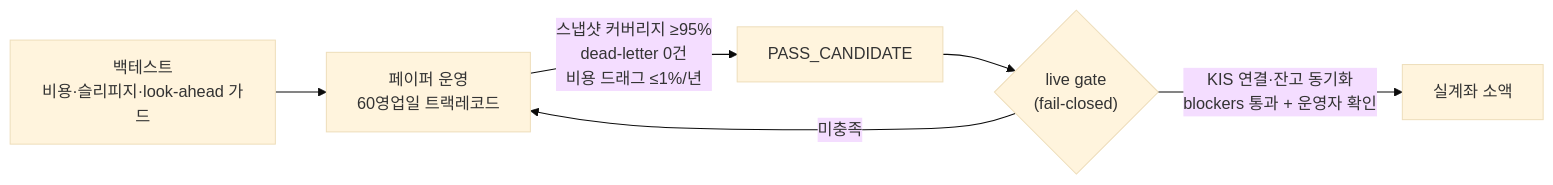
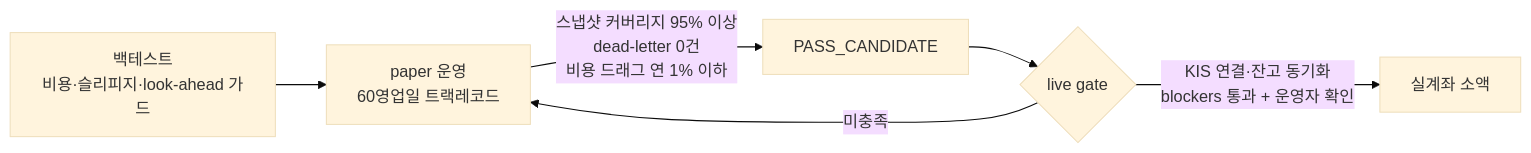
The second of 2 diagrams in README.md (easygap/quant_trader), drawn with Mermaid (base theme) before and after one commit. The commit also changed other lines of this file and 1 other file, not shown here.

````diff
--- a/README.md
+++ b/README.md
@@ -62,8 +62,8 @@
 ```mermaid
 flowchart LR
-    BT["백테스트<br/>비용·슬리피지·look-ahead 가드"] --> PP["페이퍼 운영<br/>60영업일 트랙레코드"]
-    PP -->|"스냅샷 커버리지 ≥95%<br/>dead-letter 0건<br/>비용 드래그 ≤1%/년"| PC["PASS_CANDIDATE"]
-    PC --> LG{"live gate<br/>(fail-closed)"}
+    BT["백테스트<br/>비용·슬리피지·look-ahead 가드"] --> PP["paper 운영<br/>60영업일 트랙레코드"]
+    PP -->|"스냅샷 커버리지 95% 이상<br/>dead-letter 0건<br/>비용 드래그 연 1% 이하"| PC["PASS_CANDIDATE"]
+    PC --> LG{"live gate"}
     LG -->|"KIS 연결·잔고 동기화<br/>blockers 통과 + 운영자 확인"| LIVE["실계좌 소액"]
     LG -->|미충족| PP
 ```
````
